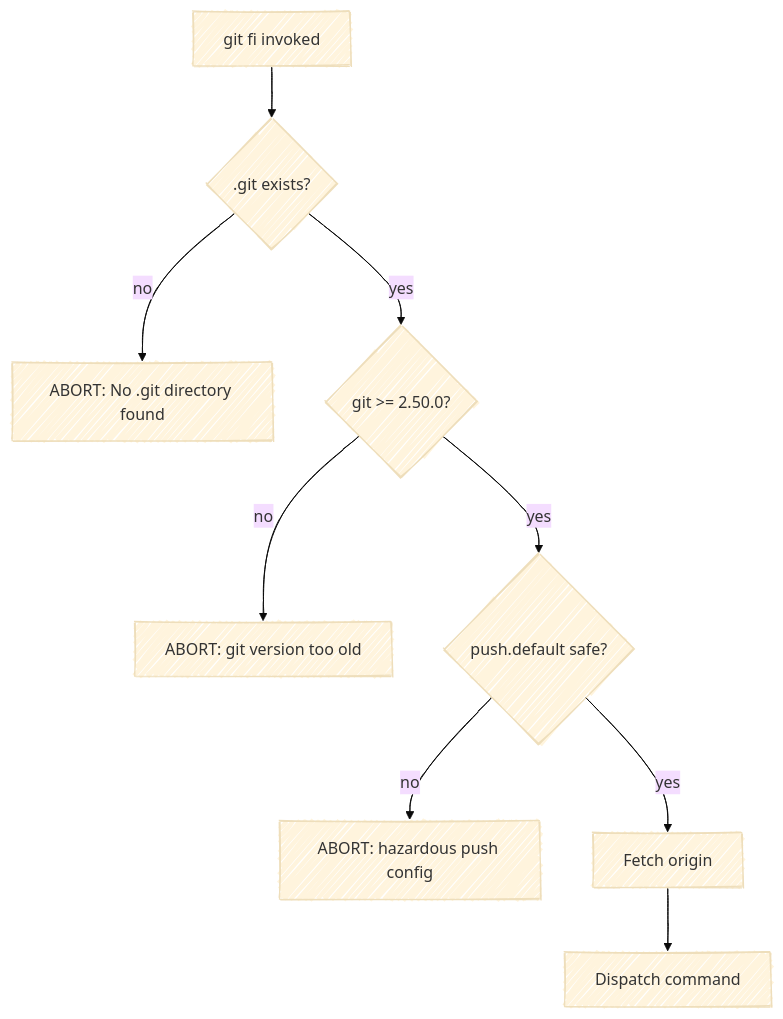
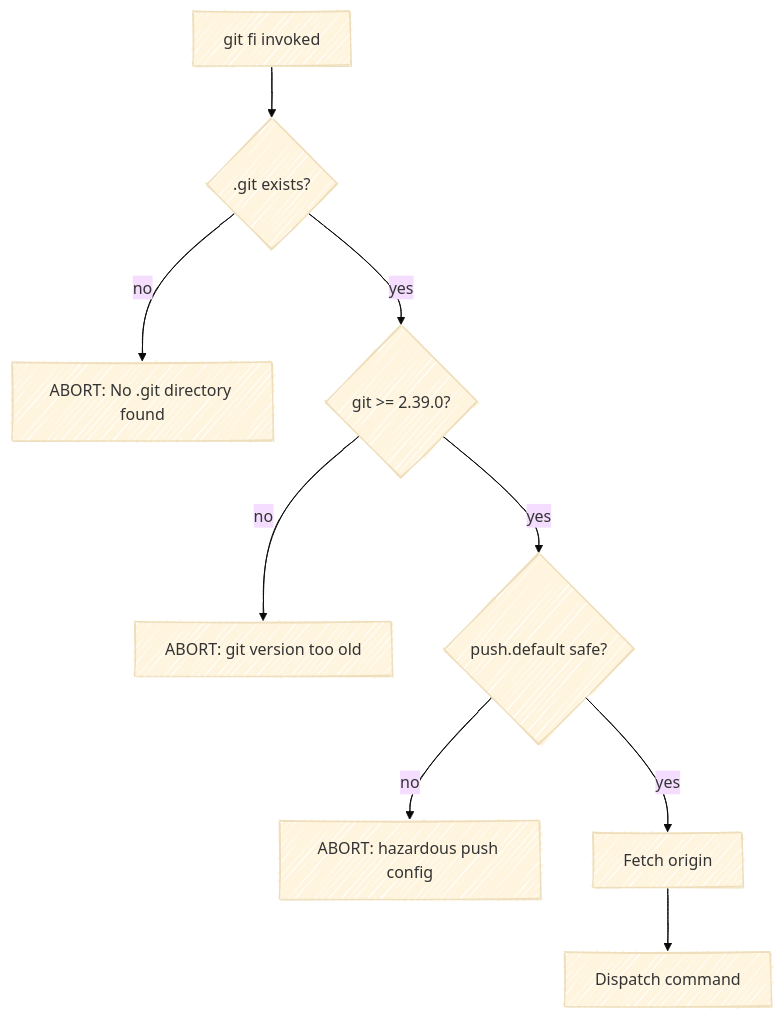
The first of 3 diagrams in SPEC.md (gettyimages/git-fi), drawn with Mermaid (base theme) before and after one commit. The commit also changed other lines of this file and 4 other files, not shown here.

````diff
--- a/SPEC.md
+++ b/SPEC.md
@@ -27,12 +27,12 @@
 ```mermaid
 %%{ init: { 'look': 'handDrawn' } }%%
 flowchart TD
     A[git fi invoked] --> B{.git exists?}
     B -- no --> B1[ABORT: No .git directory found]
-    B -- yes --> C{git >= 2.50.0?}
+    B -- yes --> C{git >= 2.39.0?}
     C -- no --> C1[ABORT: git version too old]
     C -- yes --> D{push.default safe?}
     D -- no --> D1[ABORT: hazardous push config]
     D -- yes --> E[Fetch origin]
     E --> F[Dispatch command]
 ```
````
